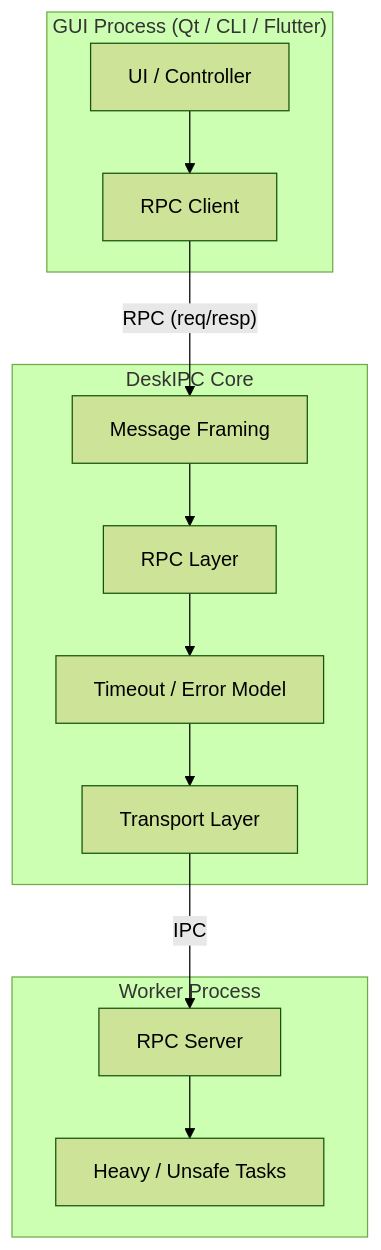
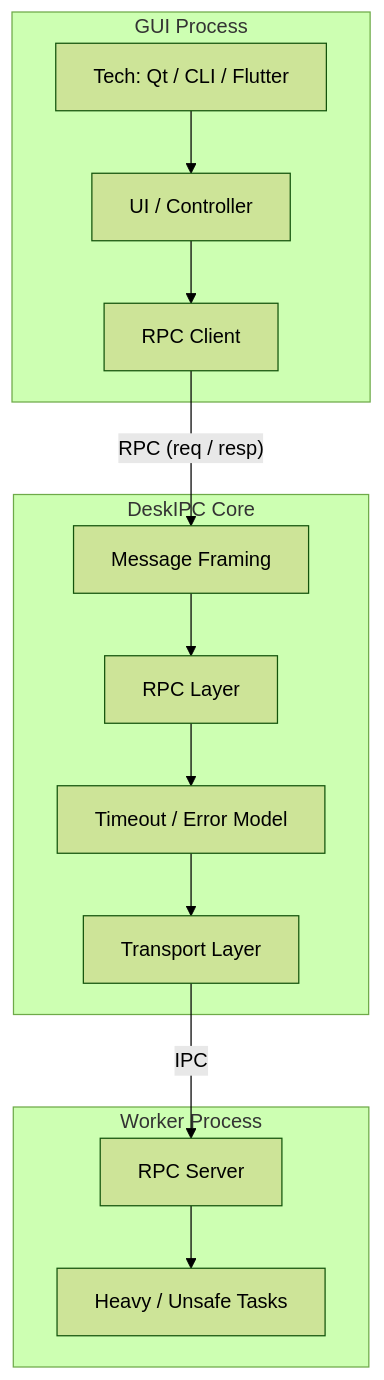
One commit to JiahongXu88/deskipc changed the diagram in README.md. Above: the diagram before and after it, drawn with Mermaid (forest theme).

Commit message:
Update architecture diagram in README.md

````diff
--- a/README.md
+++ b/README.md
@@ -58,25 +58,43 @@
 ```mermaid
 flowchart TB
-  subgraph GUI["GUI Process (Qt / CLI / Flutter)"]
+
+  %% =======================
+  %% GUI Process
+  %% =======================
+  subgraph GUI["GUI Process"]
+    GUI_NOTE["Tech: Qt / CLI / Flutter"]
     UI["UI / Controller"]
     C1["RPC Client"]
-    UI --> C1
+
+    GUI_NOTE --> UI --> C1
   end
 
+  %% =======================
+  %% DeskIPC Core
+  %% =======================
   subgraph CORE["DeskIPC Core"]
     FR["Message Framing"]
     RPC["RPC Layer"]
     EM["Timeout / Error Model"]
     TL["Transport Layer"]
+
     FR --> RPC --> EM --> TL
   end
 
+  %% =======================
+  %% Worker Process
+  %% =======================
   subgraph WORKER["Worker Process"]
+    W_NOTE["Heavy / Unsafe Tasks"]
     S1["RPC Server"]
-    T1["Heavy / Unsafe Tasks"]
-    S1 --> T1
+
+    S1 --> W_NOTE
   end
 
-  C1 -- "RPC (req/resp)" --> FR
+  %% =======================
+  %% Cross-process links
+  %% =======================
+  C1 -- "RPC (req / resp)" --> FR
   TL -- "IPC" --> S1
+
 ```
````
